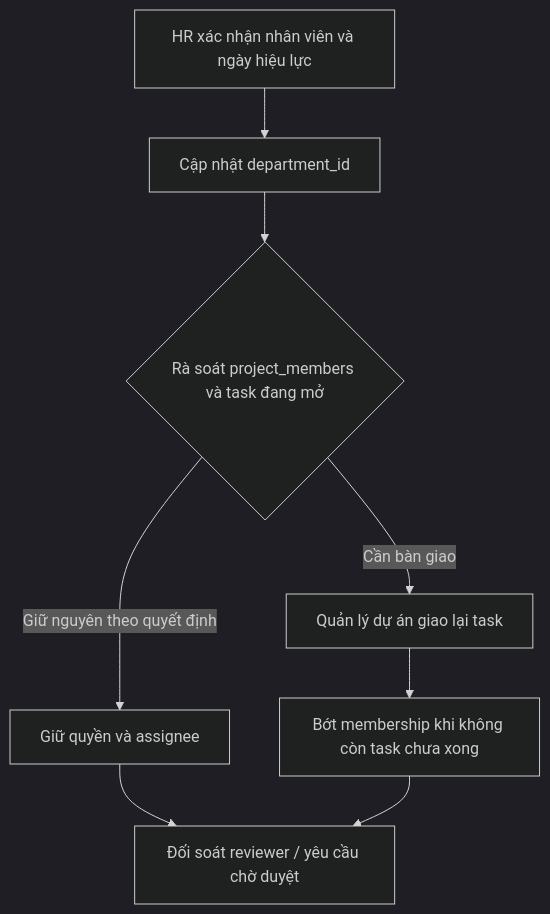
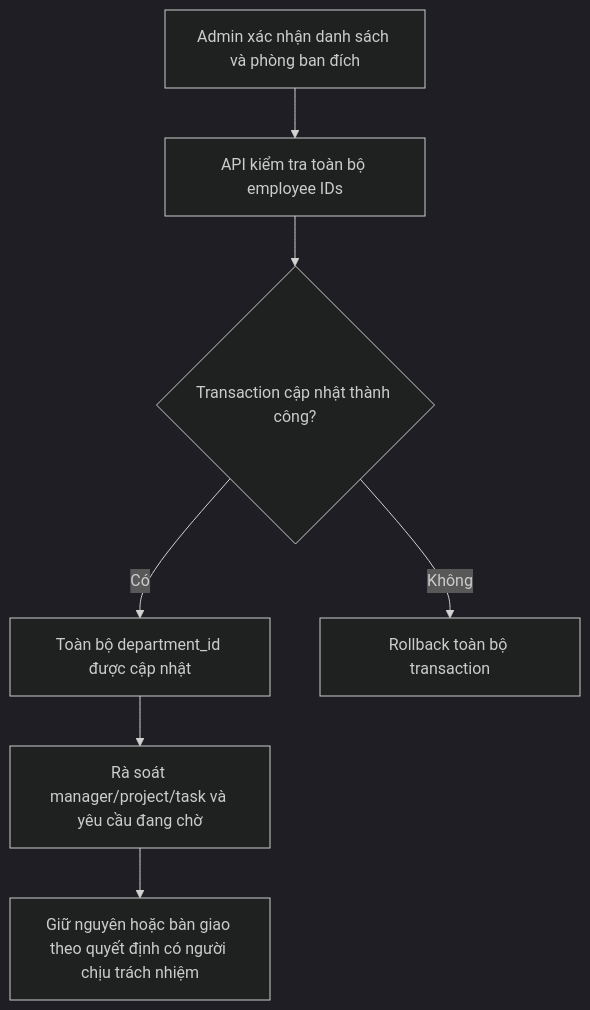
Before and after one commit to kietgamer09/miniERP: the second of 3 diagrams in docs/business/cross-module-workflows.md, drawn with Mermaid (dark theme). The commit also changed other lines of this file and 6 other files, not shown here.

Commit message:
cập nhật ERP

````diff
--- a/docs/business/cross-module-workflows.md
+++ b/docs/business/cross-module-workflows.md
@@ -60,10 +52,9 @@
 ```mermaid
 flowchart TD
-    A[HR xác nhận nhân viên và ngày hiệu lực] --> B[Cập nhật department_id]
-    B --> C{Rà soát project_members và task đang mở}
-    C -->|Giữ nguyên theo quyết định| D[Giữ quyền và assignee]
-    C -->|Cần bàn giao| E[Quản lý dự án giao lại task]
-    E --> F[Bớt membership khi không còn task chưa xong]
-    D --> G[Đối soát reviewer / yêu cầu chờ duyệt]
-    F --> G
+    A[Admin xác nhận danh sách và phòng ban đích] --> B[API kiểm tra toàn bộ employee IDs]
+    B --> C{Transaction cập nhật thành công?}
+    C -->|Có| D[Toàn bộ department_id được cập nhật]
+    C -->|Không| E[Rollback toàn bộ transaction]
+    D --> F[Rà soát manager/project/task và yêu cầu đang chờ]
+    F --> G[Giữ nguyên hoặc bàn giao theo quyết định có người chịu trách nhiệm]
 ```
````
